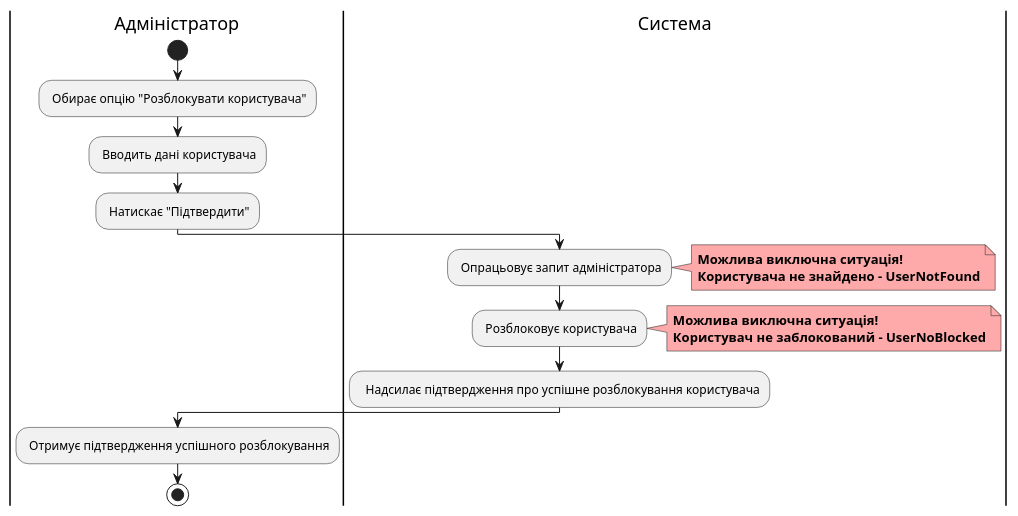
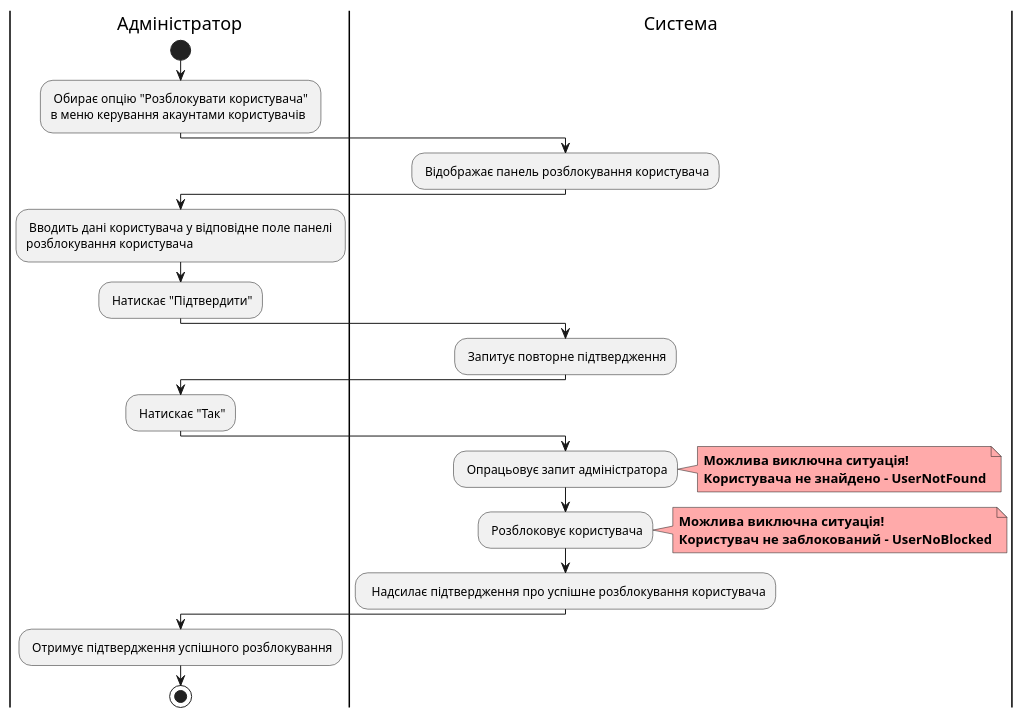
Diagram 16 of 19 in docs/use cases/README.md (watashone/db-labs), drawn with PlantUML before and after one commit. The commit also changed other lines of this file, not shown here.

```diff
--- a/docs/use cases/README.md
+++ b/docs/use cases/README.md
@@ -516,24 +558,31 @@
 @startuml
 
     |Адміністратор|
         start
-        : Обирає опцію "Розблокувати користувача";
-        : Вводить дані користувача;
+        : Обирає опцію "Розблокувати користувача" \nв меню керування акаунтами користувачів;
+    |Система|
+        : Відображає панель розблокування користувача;
+    |Адміністратор|   
+        : Вводить дані користувача у відповідне поле панелі \nрозблокування користувача;
         : Натискає "Підтвердити";
+    |Система|
+        : Запитує повторне підтвердження;
+    |Адміністратор|
+        : Натискає "Так";
     |Система|
         : Опрацьовує запит адміністратора;
         note right #ffaaaa
         <b>Можлива виключна ситуація!
         <b>Користувача не знайдено - UserNotFound
         end note
         : Розблоковує користувача;
         note right #ffaaaa
         <b>Можлива виключна ситуація!
         <b>Користувач не заблокований - UserNoBlocked
         end note
         :  Надсилає підтвердження про успішне розблокування користувача;
     |Адміністратор|
         : Отримує підтвердження успішного розблокування;
         stop;
         
 @enduml
```
